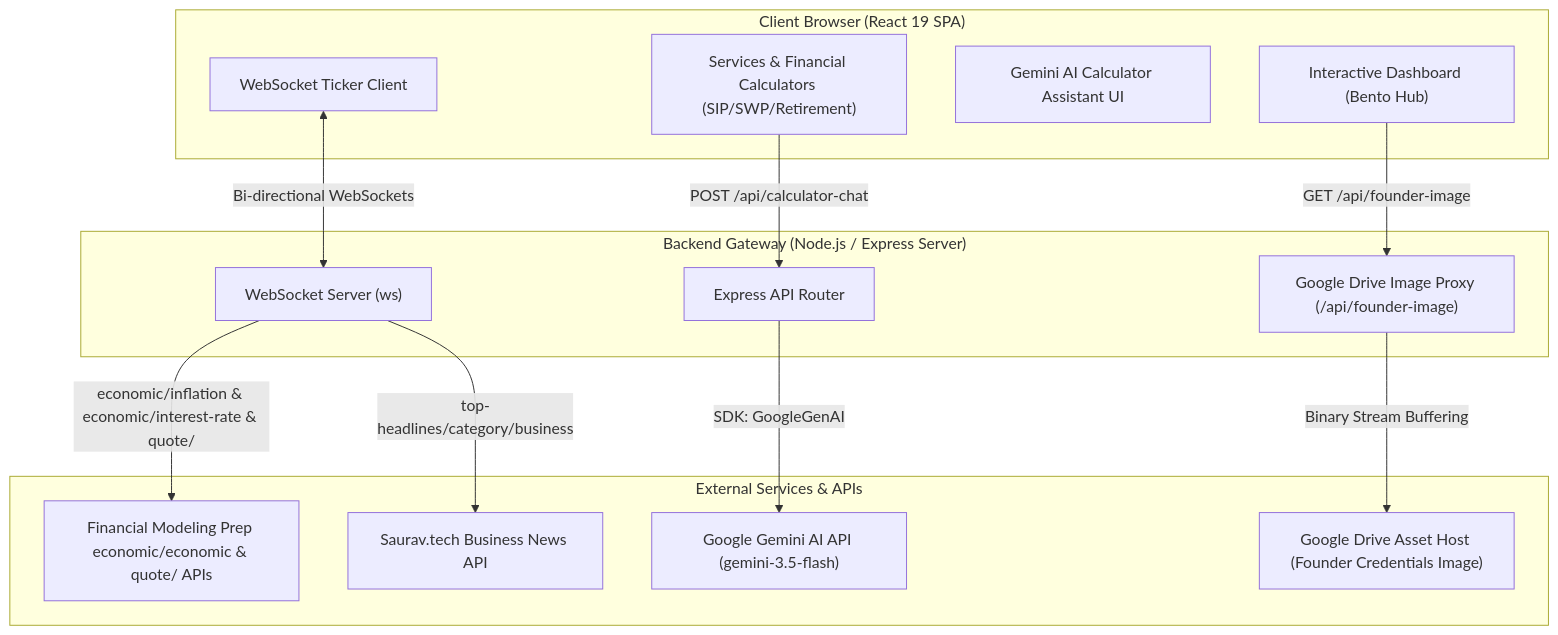
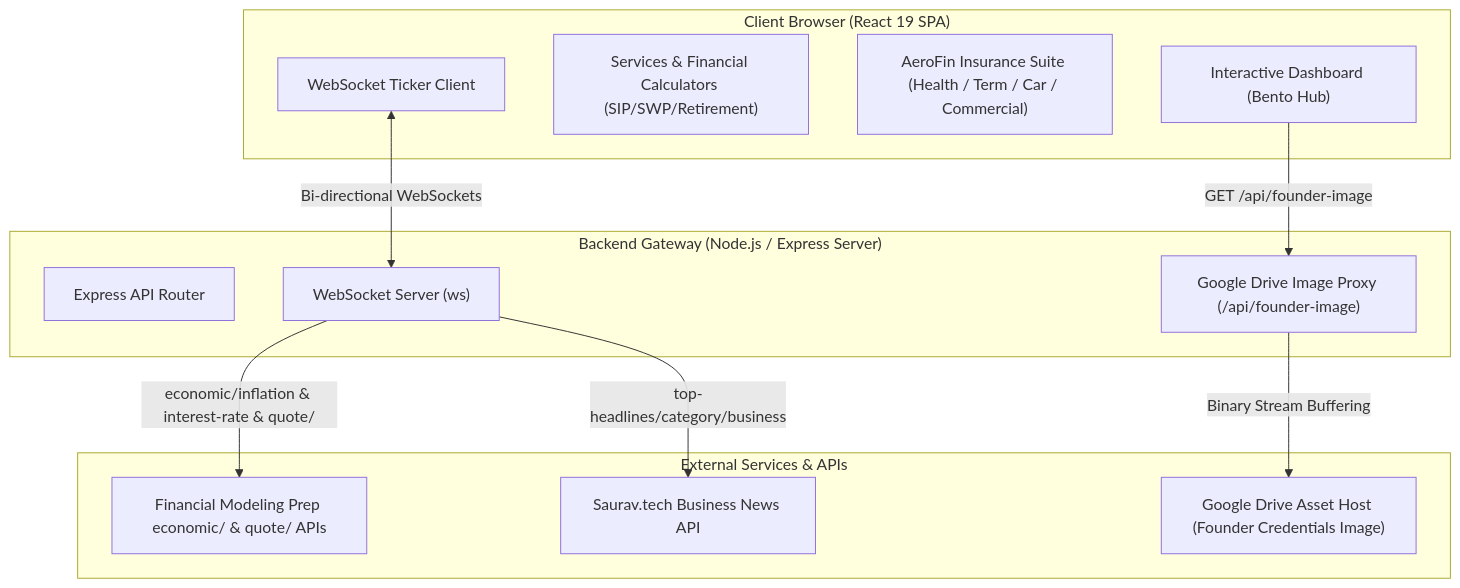
One commit to shubhamdalvi2002/finncap.in changed the diagram in README.md. Above: the diagram before and after it, drawn with Mermaid. The commit also changed other lines of this file and 3 other files, not shown here.

````diff
--- a/README.md
+++ b/README.md
@@ -29,33 +29,30 @@
 ```mermaid
 graph TD
     subgraph Client ["Client Browser (React 19 SPA)"]
         UI["Interactive Dashboard (Bento Hub)"]
         Calc["Services & Financial Calculators (SIP/SWP/Retirement)"]
-        Chat["Gemini AI Calculator Assistant UI"]
+        Ins["AeroFin Insurance Suite (Health / Term / Car / Commercial)"]
         WS_Client["WebSocket Ticker Client"]
     end
 
     subgraph Server ["Backend Gateway (Node.js / Express Server)"]
         ExpressApp["Express API Router"]
         WS_Server["WebSocket Server (ws)"]
         DriveProxy["Google Drive Image Proxy (/api/founder-image)"]
     end
 
     subgraph External ["External Services & APIs"]
-        FMP["Financial Modeling Prep economic/economic & quote/ APIs"]
+        FMP["Financial Modeling Prep economic/ & quote/ APIs"]
         News["Saurav.tech Business News API"]
-        Gemini["Google Gemini AI API (gemini-3.5-flash)"]
         GDrive["Google Drive Asset Host (Founder Credentials Image)"]
     end
 
     %% Client to Server interactions
-    Calc -->|POST /api/calculator-chat| ExpressApp
     UI -->|GET /api/founder-image| DriveProxy
     WS_Client <-->|Bi-directional WebSockets| WS_Server
 
     %% Server to External interactions
-    ExpressApp -->|SDK: GoogleGenAI| Gemini
-    WS_Server -->|economic/inflation & economic/interest-rate & quote/| FMP
+    WS_Server -->|economic/inflation & interest-rate & quote/| FMP
     WS_Server -->|top-headlines/category/business| News
     DriveProxy -->|Binary Stream Buffering| GDrive
 ```
````
